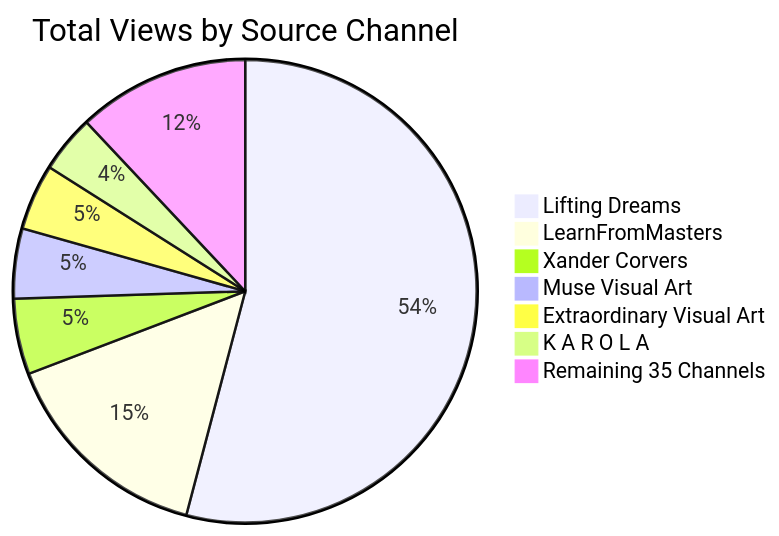
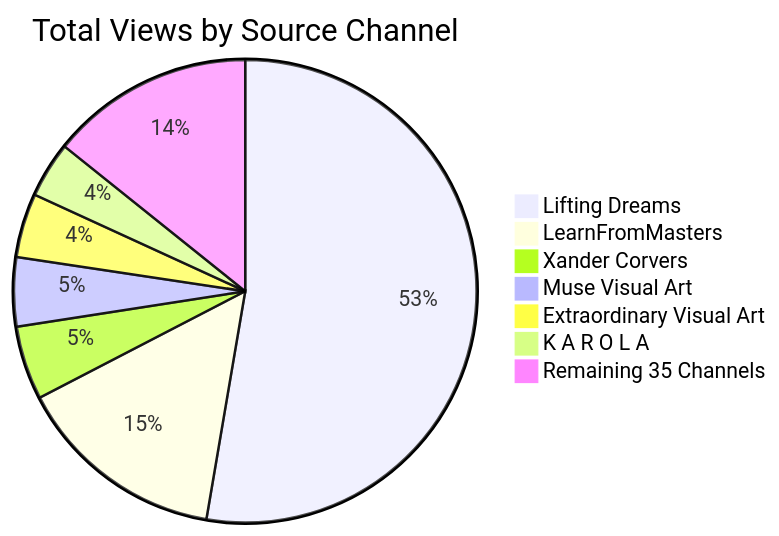
Before and after one commit to lgtkgtv/monet-living-gallery: the diagram in monet_playlist_catalog.md, drawn with Mermaid. The commit also changed other lines of this file and 23 other files, not shown here.

````diff
--- a/monet_playlist_catalog.md
+++ b/monet_playlist_catalog.md
@@ -21,10 +21,10 @@
 ```mermaid
 pie title Total Views by Source Channel
     "Lifting Dreams" : 24600000
-    "LearnFromMasters" : 6868000
+    "LearnFromMasters" : 6869000
     "Xander Corvers" : 2400000
-    "Muse Visual Art" : 2227700
-    "Extraordinary Visual Art" : 2093700
+    "Muse Visual Art" : 2251700
+    "Extraordinary Visual Art" : 2093023
     "K A R O L A" : 1825300
-    "Remaining 35 Channels" : 5458077
+    "Remaining 35 Channels" : 6650972
 ```
````
